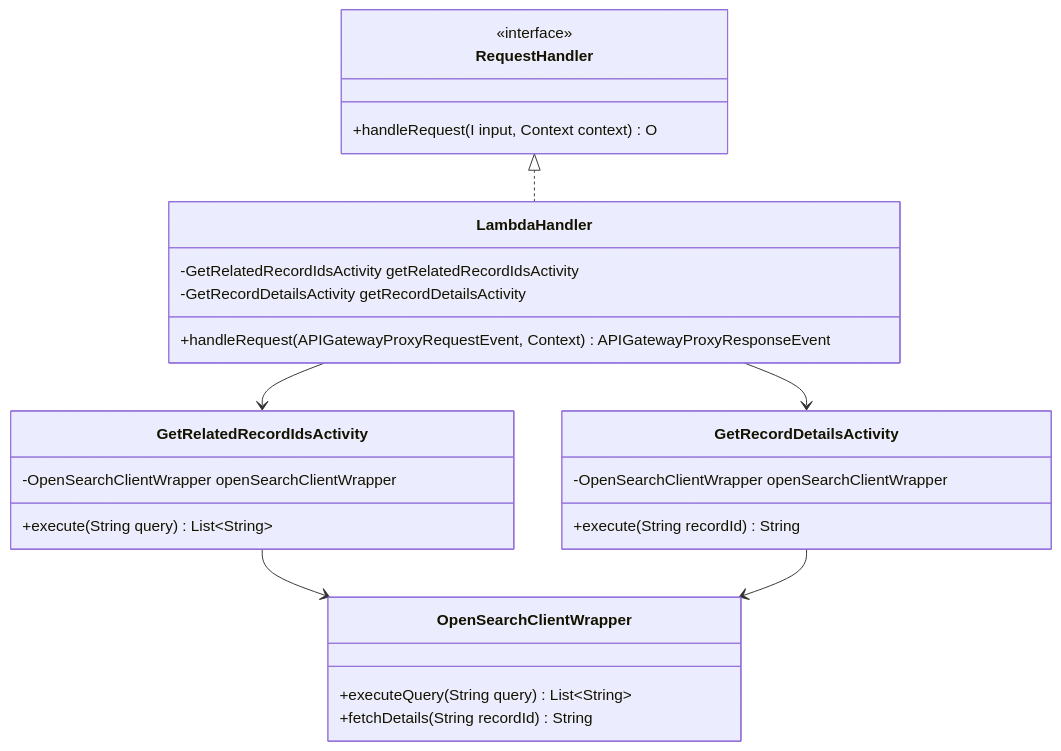
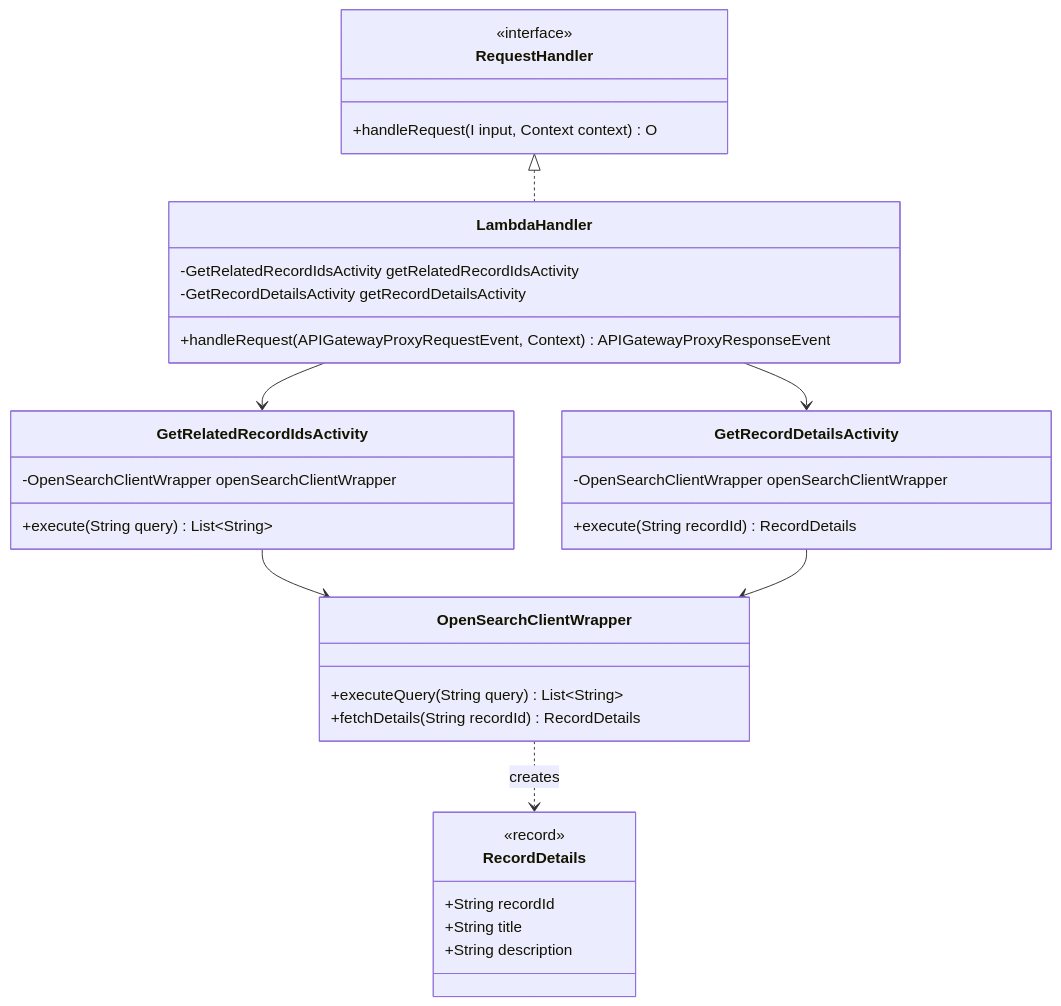
One commit to samtindal/uspto-opensearch-connector changed the second of 2 diagrams in README.md. Above: the diagram before and after it, drawn with Mermaid. The commit also changed other lines of this file and 12 other files, not shown here.

````diff
--- a/README.md
+++ b/README.md
@@ -45,30 +45,37 @@
 ```mermaid
 classDiagram
     direction TB
     class RequestHandler {
         <<interface>>
         +handleRequest(I input, Context context) O
     }
     class LambdaHandler {
         -GetRelatedRecordIdsActivity getRelatedRecordIdsActivity
         -GetRecordDetailsActivity getRecordDetailsActivity
         +handleRequest(APIGatewayProxyRequestEvent, Context) APIGatewayProxyResponseEvent
     }
     class GetRelatedRecordIdsActivity {
         -OpenSearchClientWrapper openSearchClientWrapper
         +execute(String query) List~String~
     }
     class GetRecordDetailsActivity {
         -OpenSearchClientWrapper openSearchClientWrapper
-        +execute(String recordId) String
+        +execute(String recordId) RecordDetails
     }
     class OpenSearchClientWrapper {
         +executeQuery(String query) List~String~
-        +fetchDetails(String recordId) String
+        +fetchDetails(String recordId) RecordDetails
+    }
+    class RecordDetails {
+        <<record>>
+        +String recordId
+        +String title
+        +String description
     }
     RequestHandler <|.. LambdaHandler
     LambdaHandler --> GetRelatedRecordIdsActivity
     LambdaHandler --> GetRecordDetailsActivity
     GetRelatedRecordIdsActivity --> OpenSearchClientWrapper
     GetRecordDetailsActivity --> OpenSearchClientWrapper
+    OpenSearchClientWrapper ..> RecordDetails : creates
 ```
````
